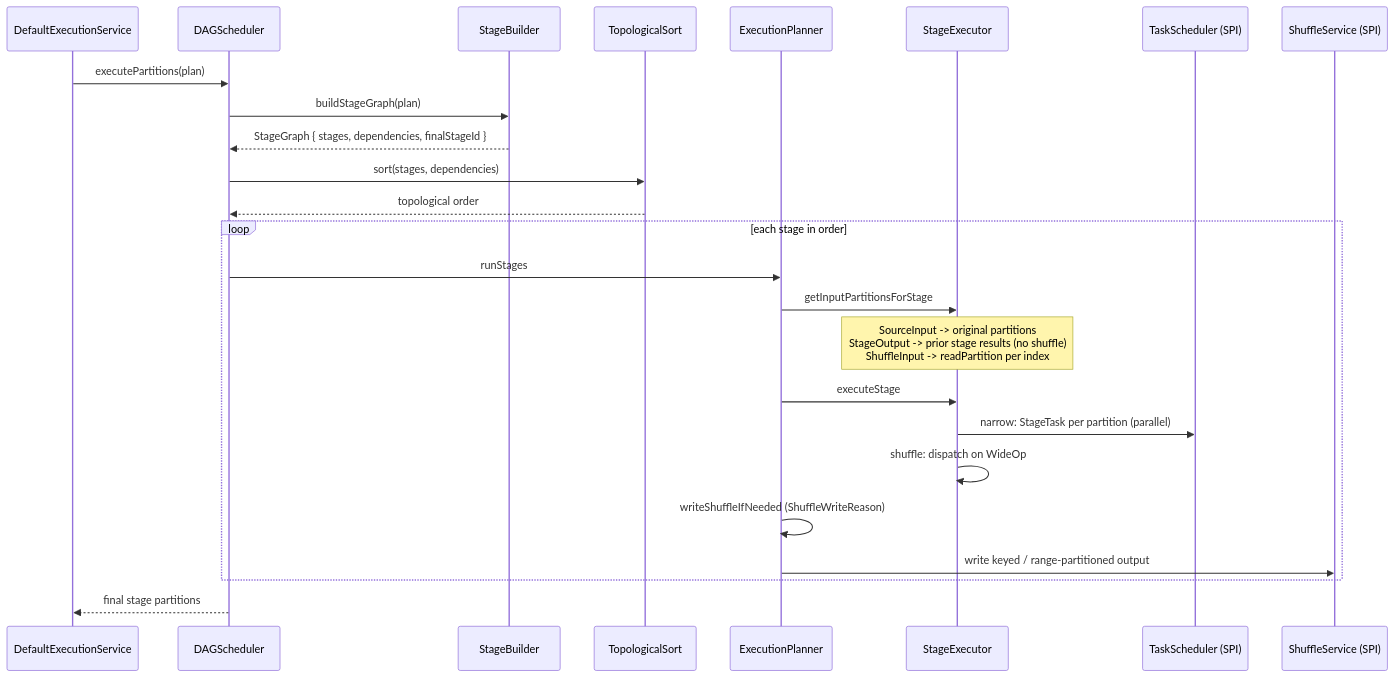
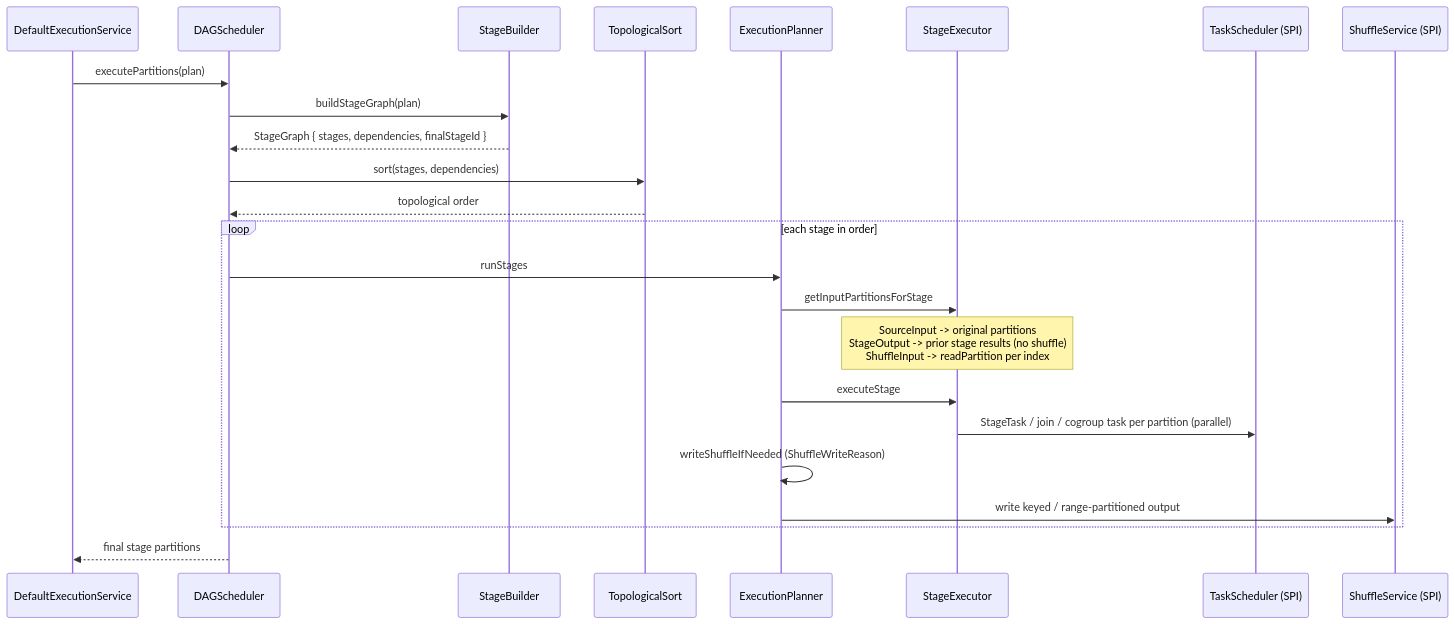
One commit to ewoodbury/scarlet changed the diagram in docs/DAGScheduler.md. Above: the diagram before and after it, drawn with Mermaid. The commit also changed other lines of this file and 6 other files, not shown here.

First line of the commit message:
Widen groupByKey/reduceByKey/cogroup/sortBy to per-partition outputs (#16)

````diff
--- a/docs/DAGScheduler.md
+++ b/docs/DAGScheduler.md
@@ -18,28 +18,27 @@
 ```mermaid
 sequenceDiagram
     participant DES as DefaultExecutionService
     participant DAG as DAGScheduler
     participant SB as StageBuilder
     participant TS as TopologicalSort
     participant EP as ExecutionPlanner
     participant SE as StageExecutor
     participant SCH as TaskScheduler (SPI)
     participant SH as ShuffleService (SPI)
 
     DES->>DAG: executePartitions(plan)
     DAG->>SB: buildStageGraph(plan)
     SB-->>DAG: StageGraph { stages, dependencies, finalStageId }
     DAG->>TS: sort(stages, dependencies)
     TS-->>DAG: topological order
     loop each stage in order
         DAG->>EP: runStages
         EP->>SE: getInputPartitionsForStage
         Note over SE: SourceInput -> original partitions<br/>StageOutput -> prior stage results (no shuffle)<br/>ShuffleInput -> readPartition per index
         EP->>SE: executeStage
-        SE->>SCH: narrow: StageTask per partition (parallel)
-        SE->>SE: shuffle: dispatch on WideOp
+        SE->>SCH: StageTask / join / cogroup task per partition (parallel)
         EP->>EP: writeShuffleIfNeeded (ShuffleWriteReason)
         EP->>SH: write keyed / range-partitioned output
     end
     DAG-->>DES: final stage partitions
 ```
````
